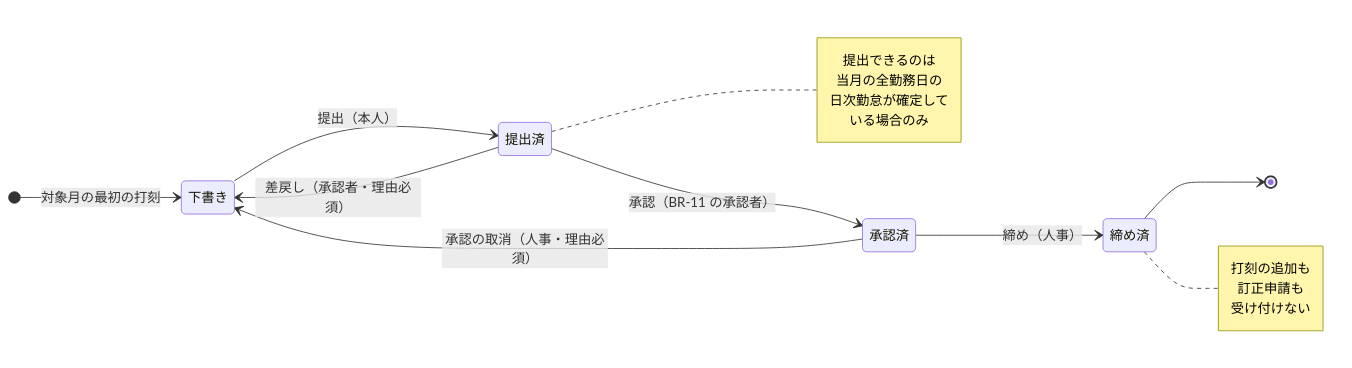
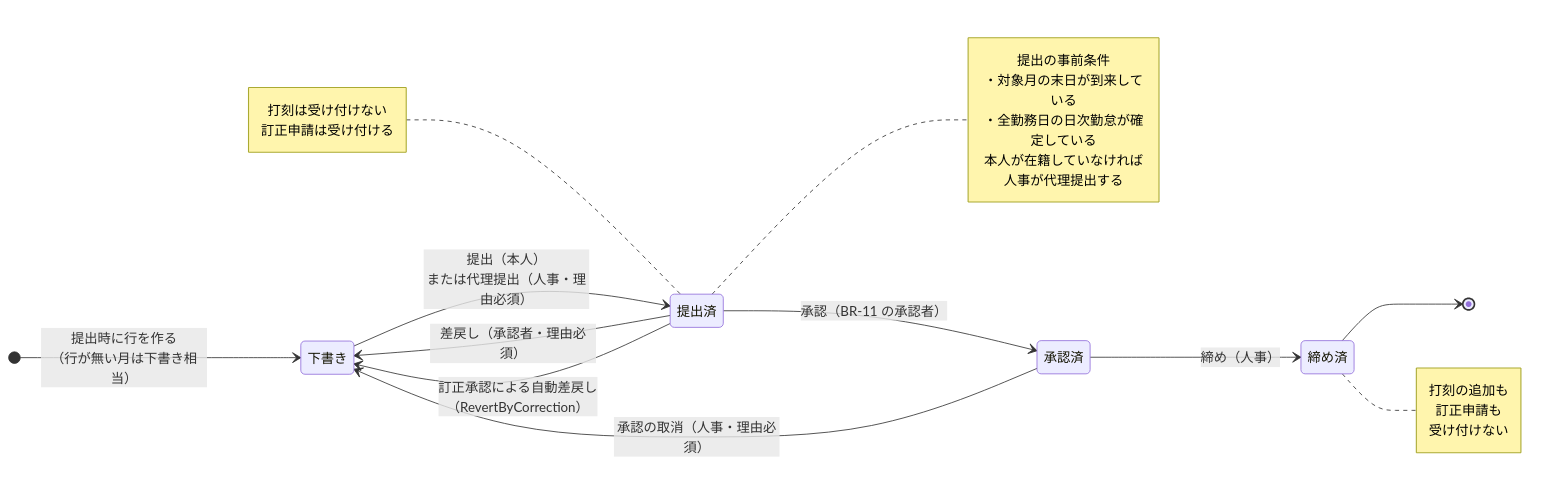
One commit to masaki-i02/newJavaProject changed the diagram in doc/02_詳細設計/05_申請承認と締め/diagrams/月次勤怠の状態遷移.mmd. Above: the diagram before and after it, drawn with Mermaid. The commit also changed 14 other files, not shown here.

```diff
--- a/doc/02_詳細設計/05_申請承認と締め/diagrams/月次勤怠の状態遷移.mmd
+++ b/doc/02_詳細設計/05_申請承認と締め/diagrams/月次勤怠の状態遷移.mmd
@@ -1,23 +1,30 @@
 stateDiagram-v2
     direction LR
-    [*] --> 下書き : 対象月の最初の打刻
+    [*] --> 下書き : 提出時に行を作る<br/>（行が無い月は下書き相当）
 
-    下書き --> 提出済 : 提出（本人）
+    下書き --> 提出済 : 提出（本人）<br/>または代理提出（人事・理由必須）
     提出済 --> 承認済 : 承認（BR-11 の承認者）
     提出済 --> 下書き : 差戻し（承認者・理由必須）
+    提出済 --> 下書き : 訂正承認による自動差戻し<br/>（RevertByCorrection）
     承認済 --> 締め済 : 締め（人事）
     承認済 --> 下書き : 承認の取消（人事・理由必須）
     締め済 --> [*]
 
     note right of 提出済
-        提出できるのは
-        当月の全勤務日の
-        日次勤怠が確定して
-        いる場合のみ
+        提出の事前条件
+        ・対象月の末日が到来している
+        ・全勤務日の日次勤怠が確定している
+        本人が在籍していなければ
+        人事が代理提出する
+    end note
+
+    note left of 提出済
+        打刻は受け付けない
+        訂正申請は受け付ける
     end note
 
     note right of 締め済
         打刻の追加も
         訂正申請も
         受け付けない
     end note
```
